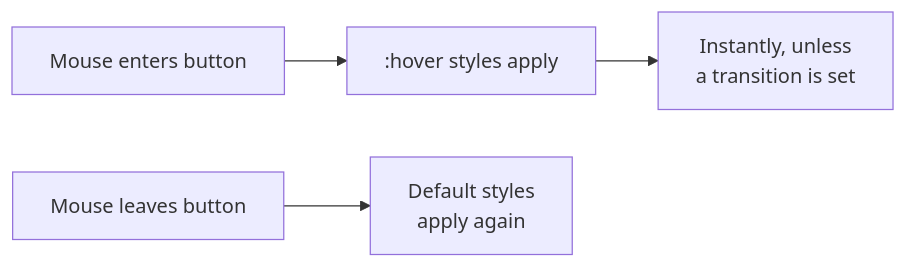
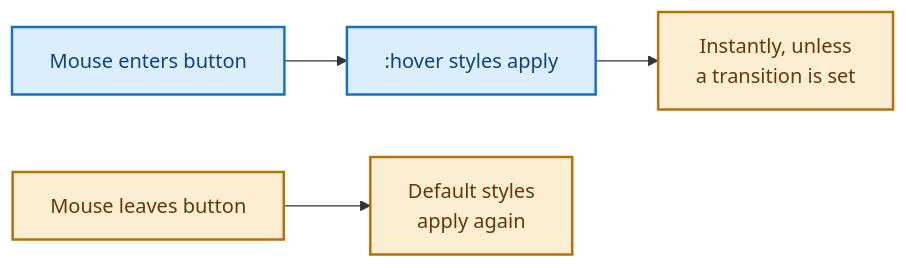
One commit to codewithz/mstap2026 changed the first of 2 diagrams in css-playground/css-explainers/05-transitions-hovers-and-shadows.md. Above: the diagram before and after it, drawn with Mermaid. The commit also changed other lines of this file and 2 other files, not shown here.

````diff
--- a/css-playground/css-explainers/05-transitions-hovers-and-shadows.md
+++ b/css-playground/css-explainers/05-transitions-hovers-and-shadows.md
@@ -24,6 +24,11 @@
 ```mermaid
 flowchart LR
     A["Mouse enters button"] --> B[":hover styles apply"]
     C["Mouse leaves button"] --> D["Default styles<br/>apply again"]
     B --> E["Instantly, unless<br/>a transition is set"]
+
+    classDef blue fill:#DCEEFB,stroke:#1971C2,stroke-width:2px,color:#0C447C
+    classDef amber fill:#FCEED3,stroke:#B5720A,stroke-width:2px,color:#633806
+    class A,B blue
+    class C,D,E amber
 ```
````
